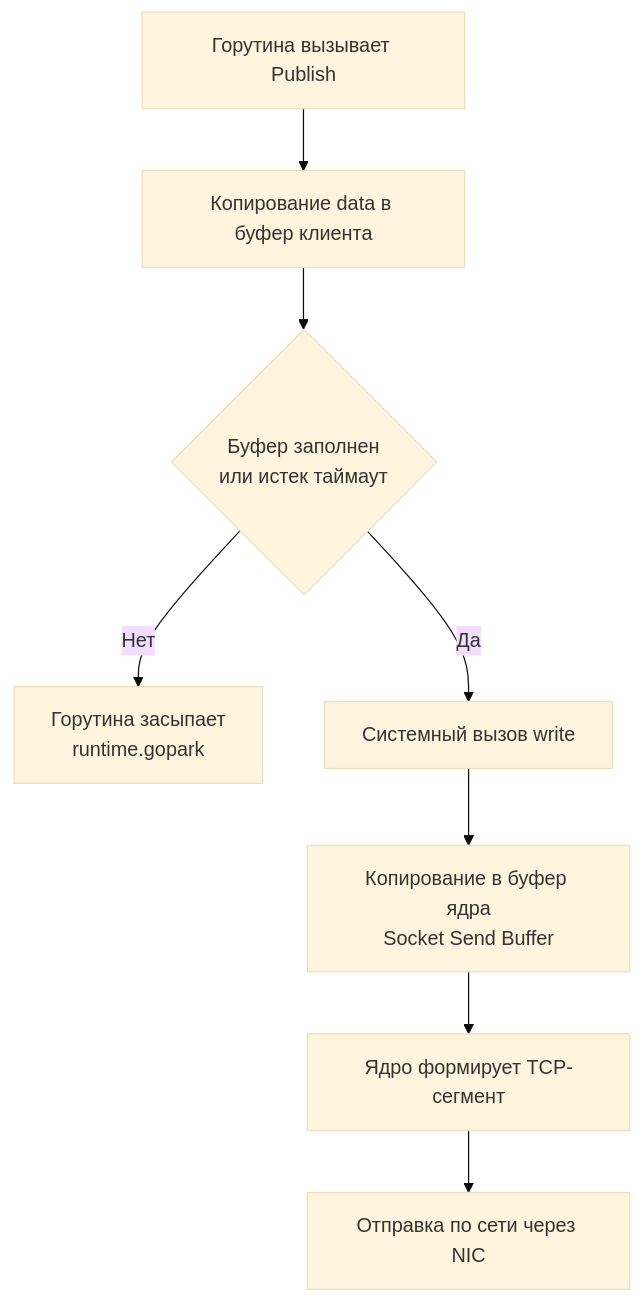
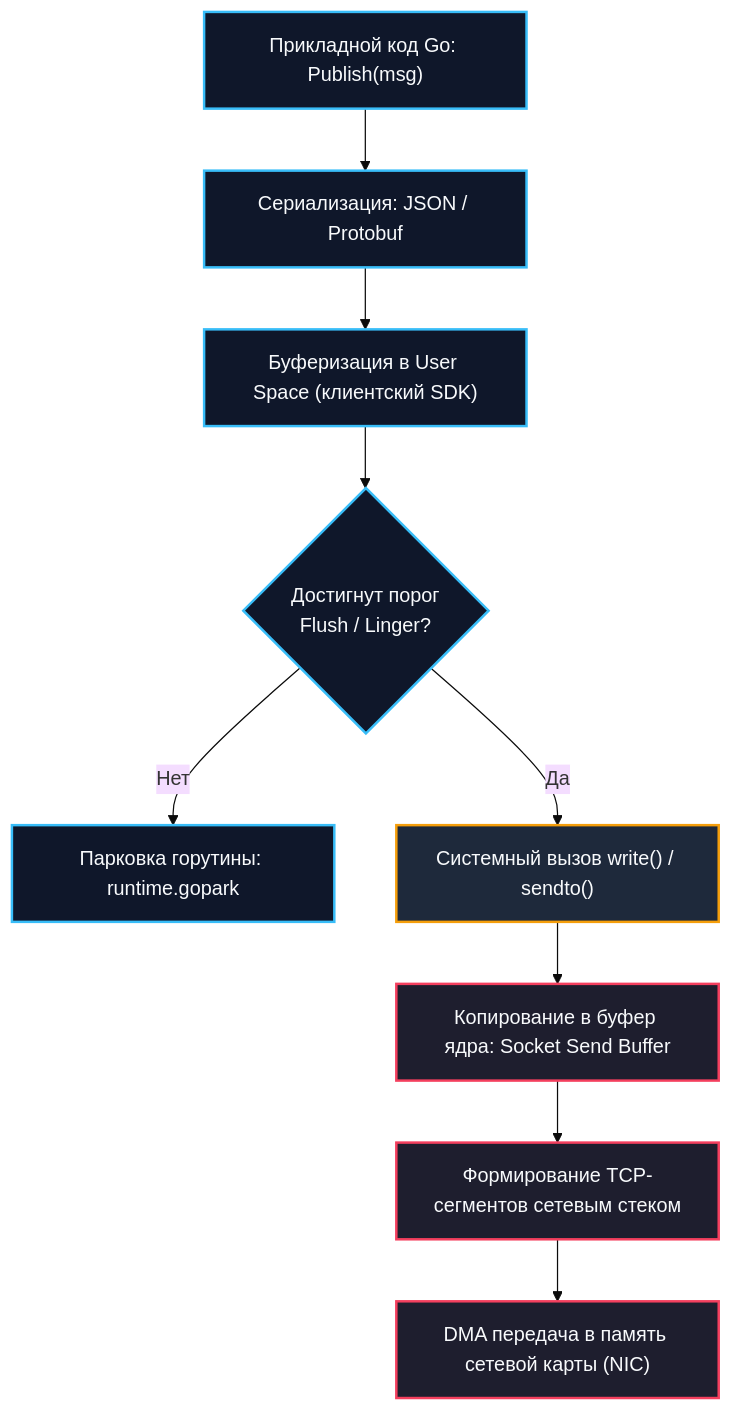
The third of 3 diagrams in sources/13. Очереди, брокеры сообщений и оркестраторы/07. Практика/1. Работа с очередями в Go.md (UnrealTemplier/go-textbook), drawn with Mermaid (base theme) before and after one commit. The commit also changed other lines of this file, not shown here.

````diff
--- a/sources/13. Очереди, брокеры сообщений и оркестраторы/07. Практика/1. Работа с очередями в Go.md
+++ b/sources/13. Очереди, брокеры сообщений и оркестраторы/07. Практика/1. Работа с очередями в Go.md
@@ -318,10 +418,18 @@
 ```mermaid
 flowchart TD
-    A["Горутина вызывает Publish"] --> B["Копирование data в буфер клиента"]
-    B --> C{"Буфер заполнен<br>или истек таймаут"}
-    C -->|"Нет"| D["Горутина засыпает<br>runtime.gopark"]
-    C -->|"Да"| E["Системный вызов write"]
-    E --> F["Копирование в буфер ядра<br>Socket Send Buffer"]
-    F --> G["Ядро формирует TCP-сегмент"]
-    G --> H["Отправка по сети через NIC"]
+    A["Прикладной код Go: Publish(msg)"] --> B["Сериализация: JSON / Protobuf"]
+    B --> C["Буферизация в User Space (клиентский SDK)"]
+    C --> D{"Достигнут порог<br>Flush / Linger?"}
+    D -->|"Нет"| E["Парковка горутины: runtime.gopark"]
+    D -->|"Да"| F["Системный вызов write() / sendto()"]
+    F --> G["Копирование в буфер ядра: Socket Send Buffer"]
+    G --> H["Формирование TCP-сегментов сетевым стеком"]
+    H --> I["DMA передача в память сетевой карты (NIC)"]
+
+    classDef usr fill:#0f172a,stroke:#38bdf8,stroke-width:2px,color:#f8fafc;
+    classDef sys fill:#1e293b,stroke:#f59e0b,stroke-width:2px,color:#f8fafc;
+    classDef ker fill:#1e1e2e,stroke:#f43f5e,stroke-width:2px,color:#f8fafc;
+    class A,B,C,D,E usr;
+    class F sys;
+    class G,H,I ker;
 ```
````
